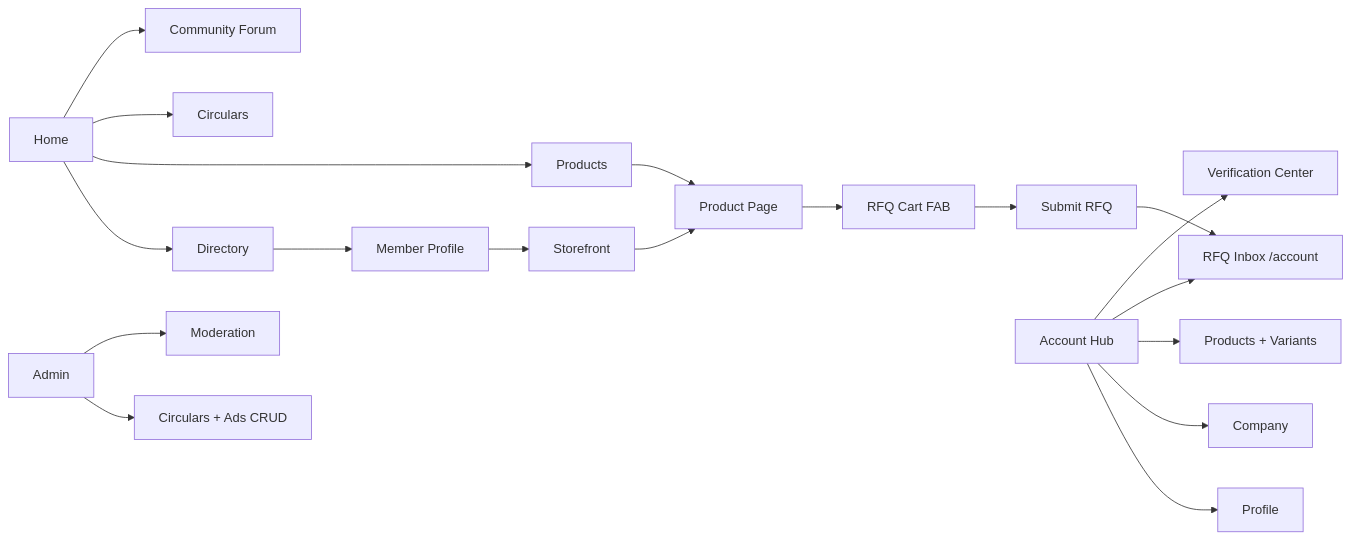
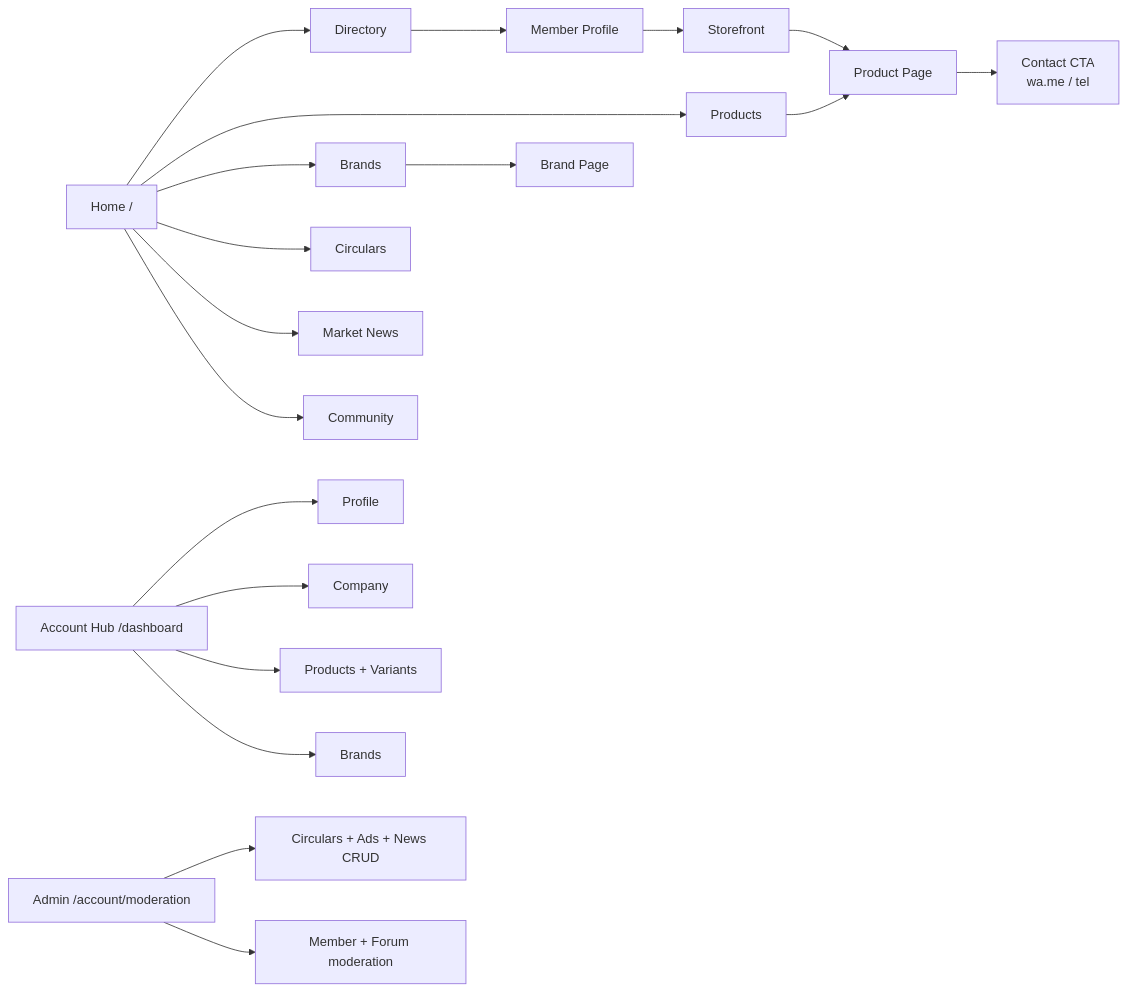
The first of 2 diagrams in src/content/docs/04-functional-spec.md (arka97/mddma-test), drawn with Mermaid before and after one commit. The commit also changed other lines of this file and 6 other files, not shown here.

````diff
--- a/src/content/docs/04-functional-spec.md
+++ b/src/content/docs/04-functional-spec.md
@@ -13,21 +13,21 @@
 ```mermaid
 flowchart LR
-  Home[Home] --> Dir[Directory]
+  Home[Home /] --> Dir[Directory]
   Home --> Prod[Products]
+  Home --> Brands[Brands]
   Home --> Circ[Circulars]
-  Home --> Forum[Community Forum]
+  Home --> News[Market News]
+  Home --> Forum[Community]
   Dir --> Mem[Member Profile]
   Mem --> Store[Storefront]
   Prod --> PP[Product Page]
   Store --> PP
-  PP --> Cart[RFQ Cart FAB]
-  Cart --> Submit[Submit RFQ]
-  Submit --> Inbox[RFQ Inbox /account]
-  Account[Account Hub] --> Profile
+  Brands --> BP[Brand Page]
+  PP --> Contact[Contact CTA<br/>wa.me / tel]
+  Account[Account Hub /dashboard] --> Profile
   Account --> Company
   Account --> ProductsMgr[Products + Variants]
-  Account --> Inbox
-  Account --> Verify[Verification Center]
-  Admin[Admin] --> CMS[Circulars + Ads CRUD]
-  Admin --> Mod[Moderation]
+  Account --> BrandsMgr[Brands]
+  Admin[Admin /account/moderation] --> CMS[Circulars + Ads + News CRUD]
+  Admin --> Mod[Member + Forum moderation]
 ```
````
